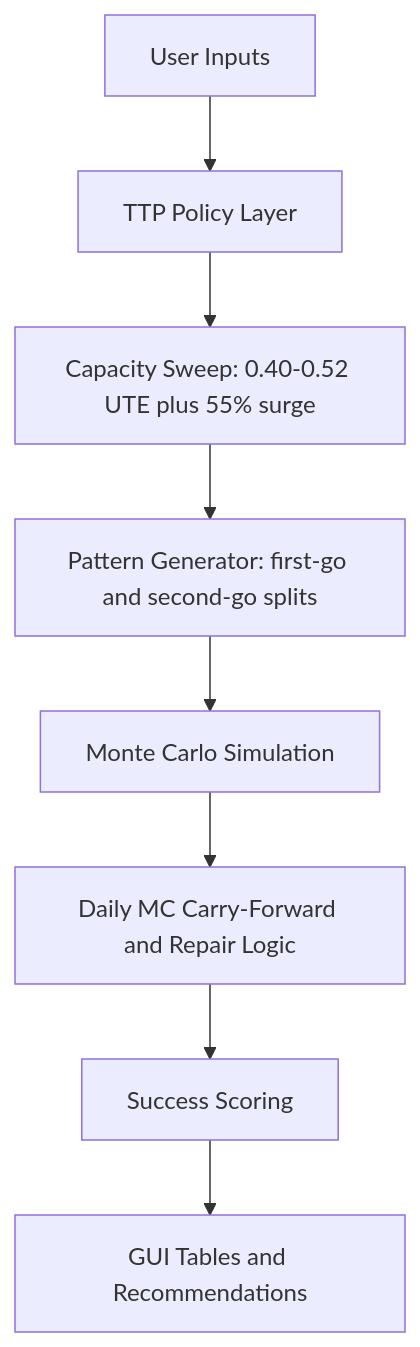
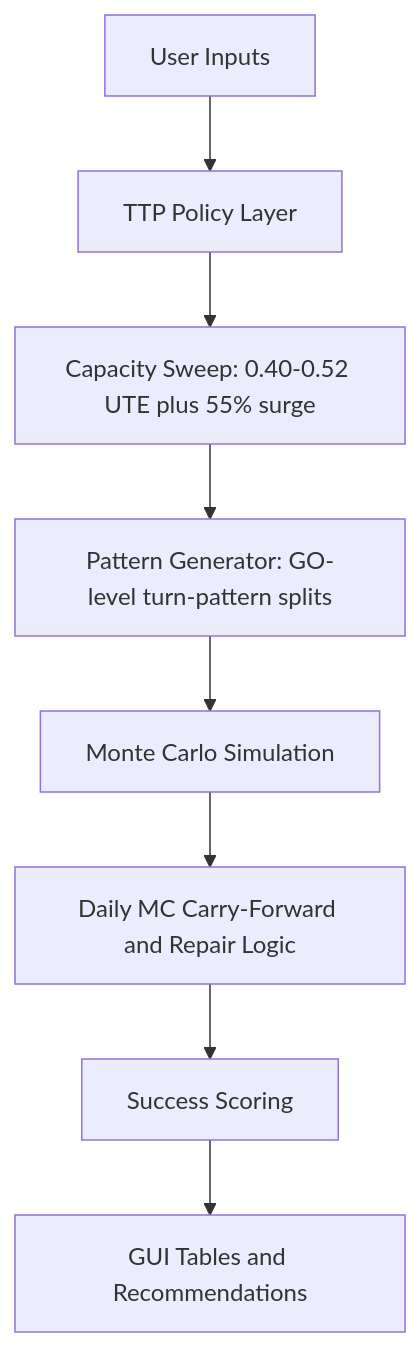
The diagram in README.md (Courtizy/TPS-Monte-Carlo-Simulation), drawn with Mermaid before and after one commit. The commit also changed other lines of this file and 3 other files, not shown here.

````diff
--- a/README.md
+++ b/README.md
@@ -85,10 +85,10 @@
 ```mermaid
 flowchart TD
     A["User Inputs"] --> B["TTP Policy Layer"]
     B --> C["Capacity Sweep: 0.40-0.52 UTE plus 55% surge"]
-    C --> D["Pattern Generator: first-go and second-go splits"]
+    C --> D["Pattern Generator: GO-level turn-pattern splits"]
     D --> E["Monte Carlo Simulation"]
     E --> F["Daily MC Carry-Forward and Repair Logic"]
     F --> G["Success Scoring"]
     G --> H["GUI Tables and Recommendations"]
 ```
````
